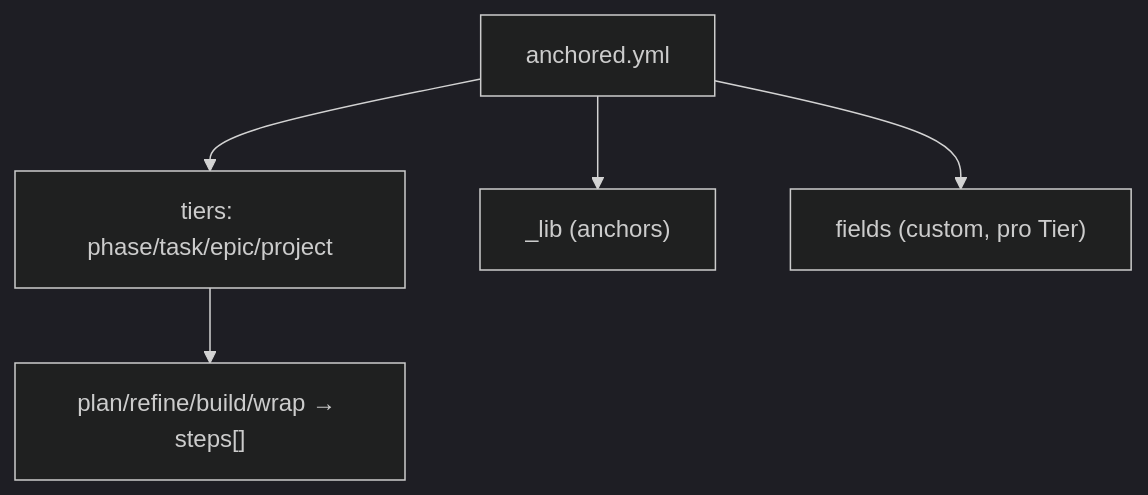
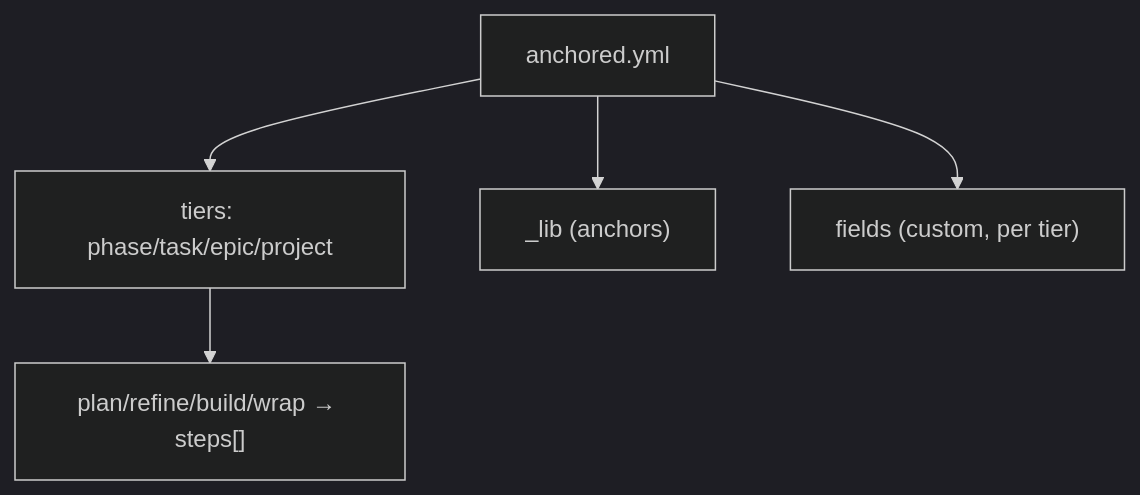
Before and after one commit to chafoo/anchored: the diagram in docs/core/schema/config.md, drawn with Mermaid (dark theme). The commit also changed other lines of this file and 131 other files, not shown here.

````diff
--- a/docs/core/schema/config.md
+++ b/docs/core/schema/config.md
@@ -19,7 +19,7 @@
 ```mermaid
 flowchart TB
     cfg["anchored.yml"] --> tiers["tiers: phase/task/epic/project"]
     tiers --> stages["plan/refine/build/wrap → steps[]"]
     cfg --> lib["_lib (anchors)"]
-    cfg --> fields["fields (custom, pro Tier)"]
+    cfg --> fields["fields (custom, per tier)"]
 ```
````
